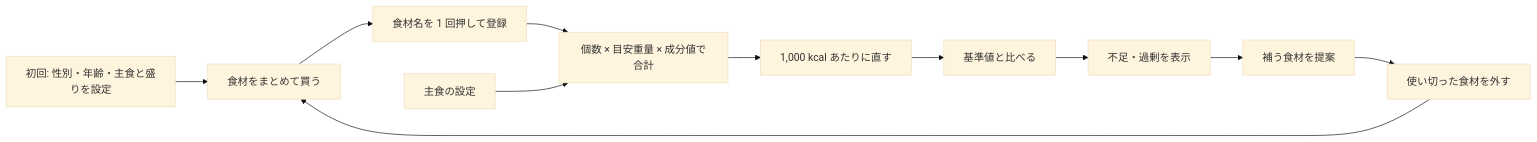
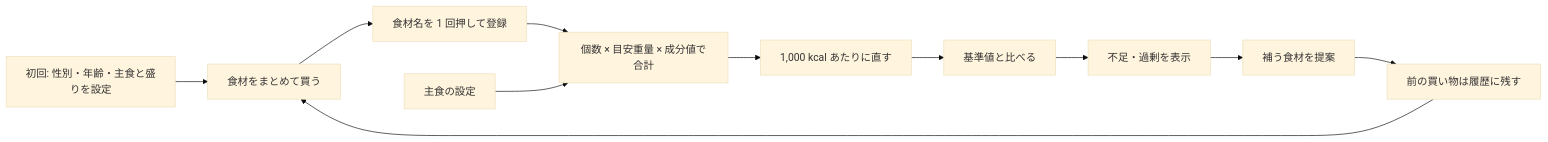
Before and after one commit to sakana396/week-meal: the diagram in docs/01_concept/concept.md, drawn with Mermaid (base theme). The commit also changed other lines of this file and 6 other files, not shown here.

````diff
--- a/docs/01_concept/concept.md
+++ b/docs/01_concept/concept.md
@@ -39,13 +39,13 @@
 ```mermaid
 flowchart LR
   SET[初回: 性別・年齢・主食と盛りを設定] --> BUY
   BUY[食材をまとめて買う] --> IN[食材名を 1 回押して登録]
   IN --> CALC[個数 × 目安重量 × 成分値で合計]
   STAPLE[主食の設定] --> CALC
   CALC --> RATIO[1,000 kcal あたりに直す]
   RATIO --> JUDGE[基準値と比べる]
   JUDGE --> SHOW[不足・過剰を表示]
   SHOW --> SUG[補う食材を提案]
-  SUG --> USED[使い切った食材を外す]
-  USED --> BUY
+  SUG --> HIST[前の買い物は履歴に残す]
+  HIST --> BUY
 ```
````
